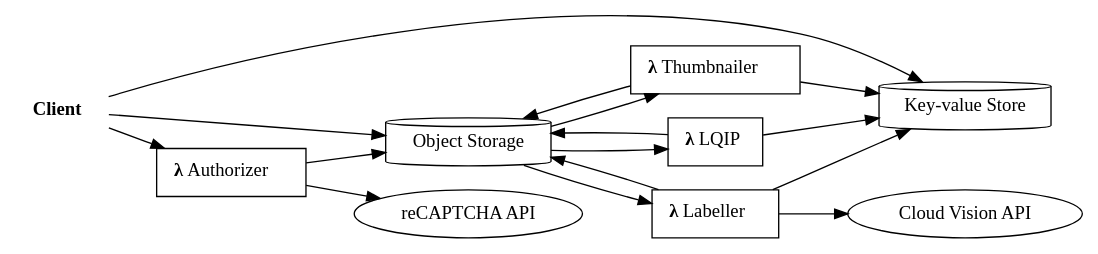
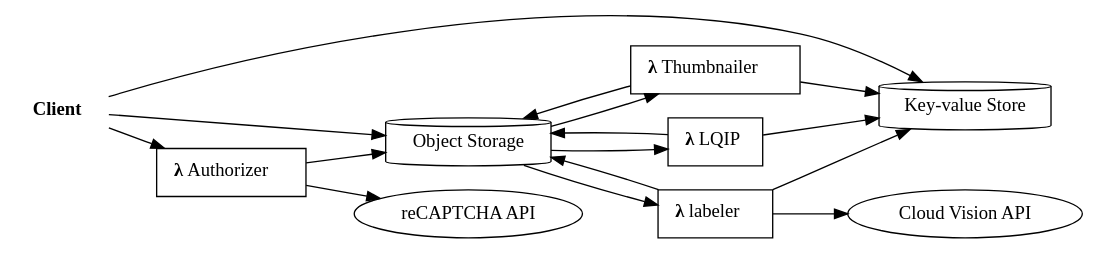
The diagram in src/image-manager-serverless.dot (epiphone/gradu), drawn with Graphviz before and after one commit. The commit also changed 3 other files, not shown here.

Commit message:
Display sequence diagrams

```diff
--- a/src/image-manager-serverless.dot
+++ b/src/image-manager-serverless.dot
@@ -1,34 +1,34 @@
 digraph g {
   rankdir="LR"
   newrank="true"
   // splines="line" // ortho|line|polyline
 
   client [shape="plaintext", label=< <b>Client</b><br/>>];
   "Object Storage" [shape="cylinder"];
   "Key-value Store" [shape="cylinder"];
   "reCAPTCHA API";
   "Cloud Vision API";
 
   authorizer [shape="rect", label=< <b>λ</b> Authorizer<br/>>];
   thumbnailer [shape="rect", label=< <b>λ</b> Thumbnailer<br/>>];
   lqip [shape="rect", label=< <b>λ</b> LQIP<br/>>];
-  labeller [shape="rect", label=< <b>λ</b> Labeller<br/>>];
+  labeler [shape="rect", label=< <b>λ</b> labeler<br/>>];
 
   client -> authorizer;
   client -> "Key-value Store";
   authorizer -> "reCAPTCHA API";
   authorizer -> "Object Storage";
   client -> "Object Storage";
 
   "Object Storage" -> thumbnailer;
   thumbnailer -> "Object Storage";
   "Object Storage" -> lqip;
   lqip -> "Object Storage";
-  "Object Storage" -> labeller;
-  labeller -> "Object Storage";
-  labeller -> "Cloud Vision API";
+  "Object Storage" -> labeler;
+  labeler -> "Object Storage";
+  labeler -> "Cloud Vision API";
 
   lqip -> "Key-value Store";
-  labeller -> "Key-value Store";
+  labeler -> "Key-value Store";
   thumbnailer -> "Key-value Store";
 }
```
